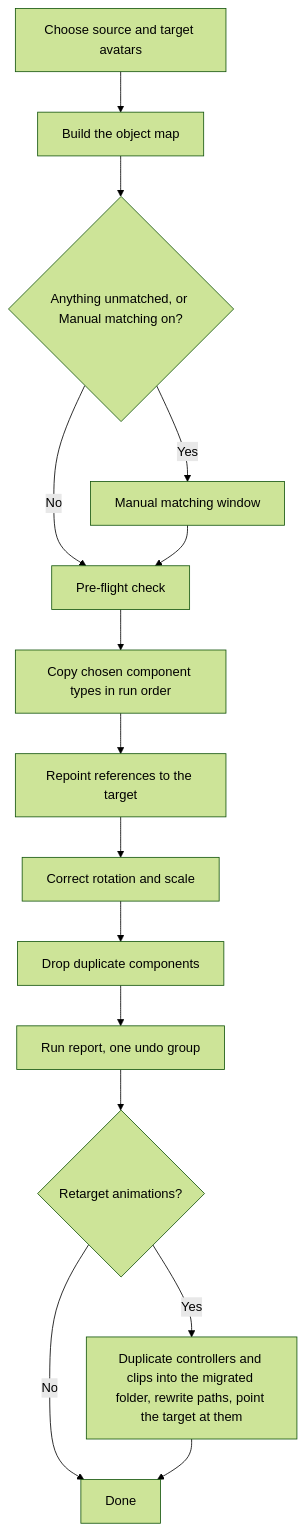
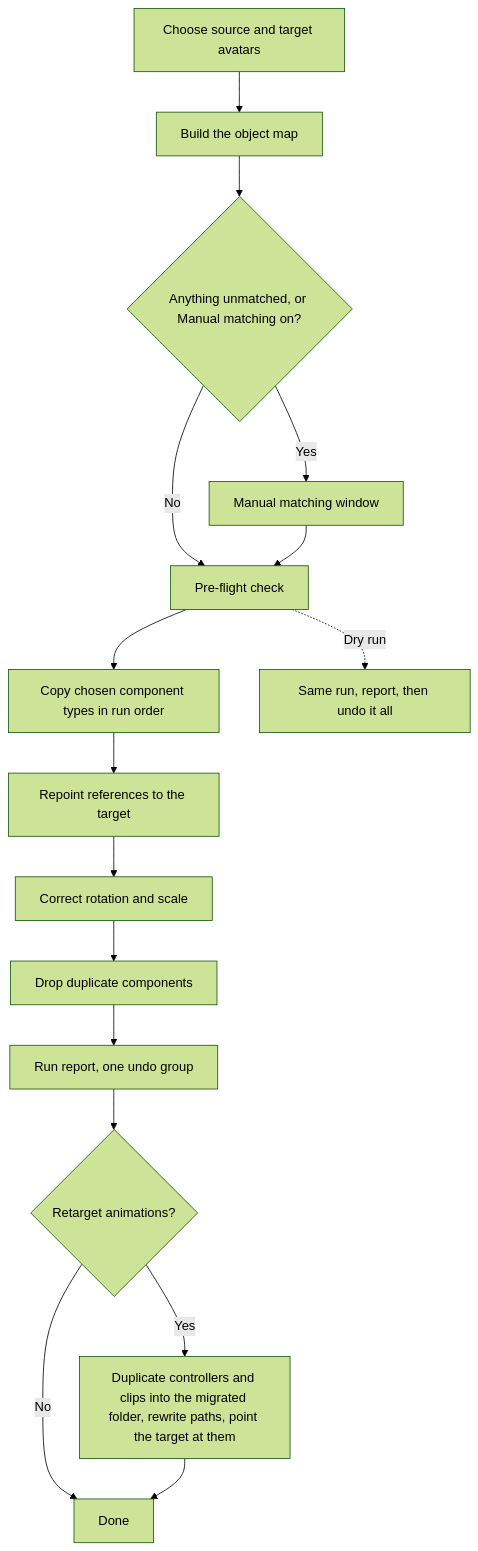
Before and after one commit to Rionquosue/riryunityworkflow: the diagram in docs/About/Tools/AvatarMigrationAssistant.md, drawn with Mermaid (forest theme). The commit also changed other lines of this file and 51 other files, not shown here.

First line of the commit message:
Menu Tool icon and name checks, Material Cleaner floats and colors, undoable Controller Cleaner, Clean Animation Keys preview, Find and Replace partial and regex, AutoSync remote catch-up, Avatar Migration dry run, FTEmulator recording, Import Presets drag overlay, docs

````diff
--- a/docs/About/Tools/AvatarMigrationAssistant.md
+++ b/docs/About/Tools/AvatarMigrationAssistant.md
@@ -30,17 +31,18 @@
 ```mermaid
 flowchart TD
     A[Choose source and target avatars] --> B[Build the object map]
     B --> C{Anything unmatched, or Manual matching on?}
     C -- Yes --> D[Manual matching window]
     C -- No --> E[Pre-flight check]
     D --> E
     E --> F[Copy chosen component types in run order]
+    E -. Dry run .-> DR[Same run, report, then undo it all]
     F --> G[Repoint references to the target]
     G --> H[Correct rotation and scale]
     H --> I[Drop duplicate components]
     I --> J[Run report, one undo group]
     J --> K{Retarget animations?}
     K -- Yes --> L[Duplicate controllers and clips into the migrated folder, rewrite paths, point the target at them]
     K -- No --> M[Done]
     L --> M
 ```
````
